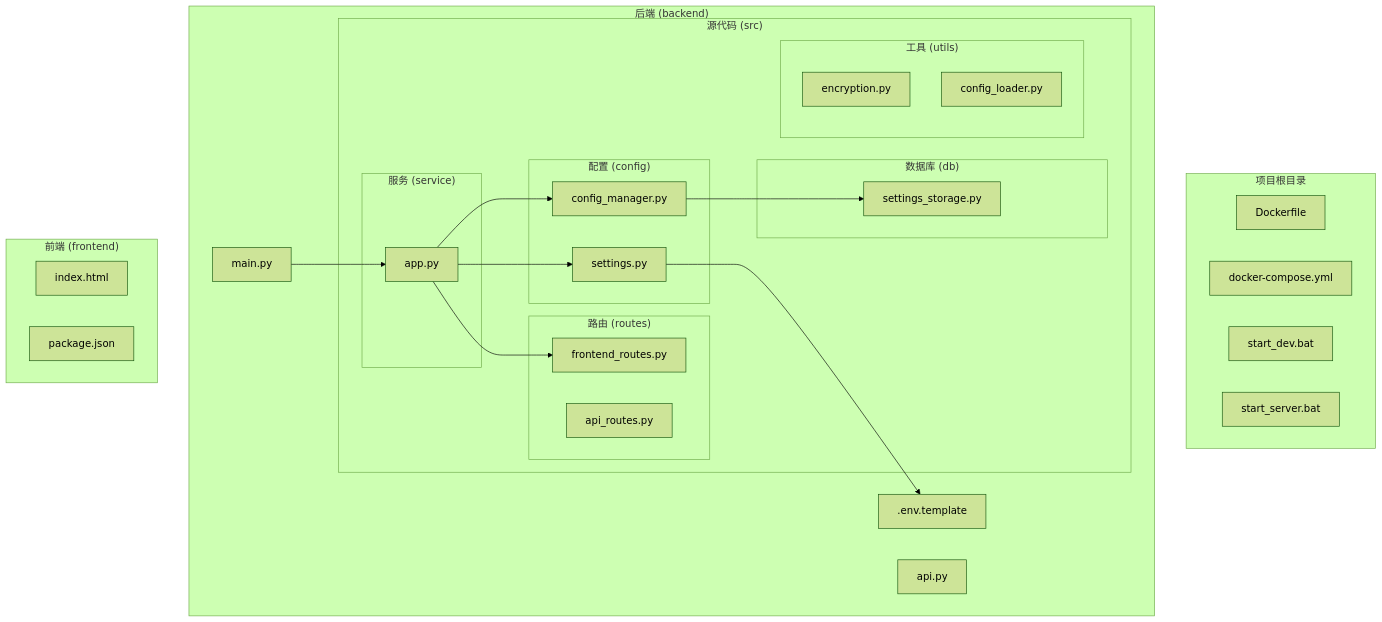
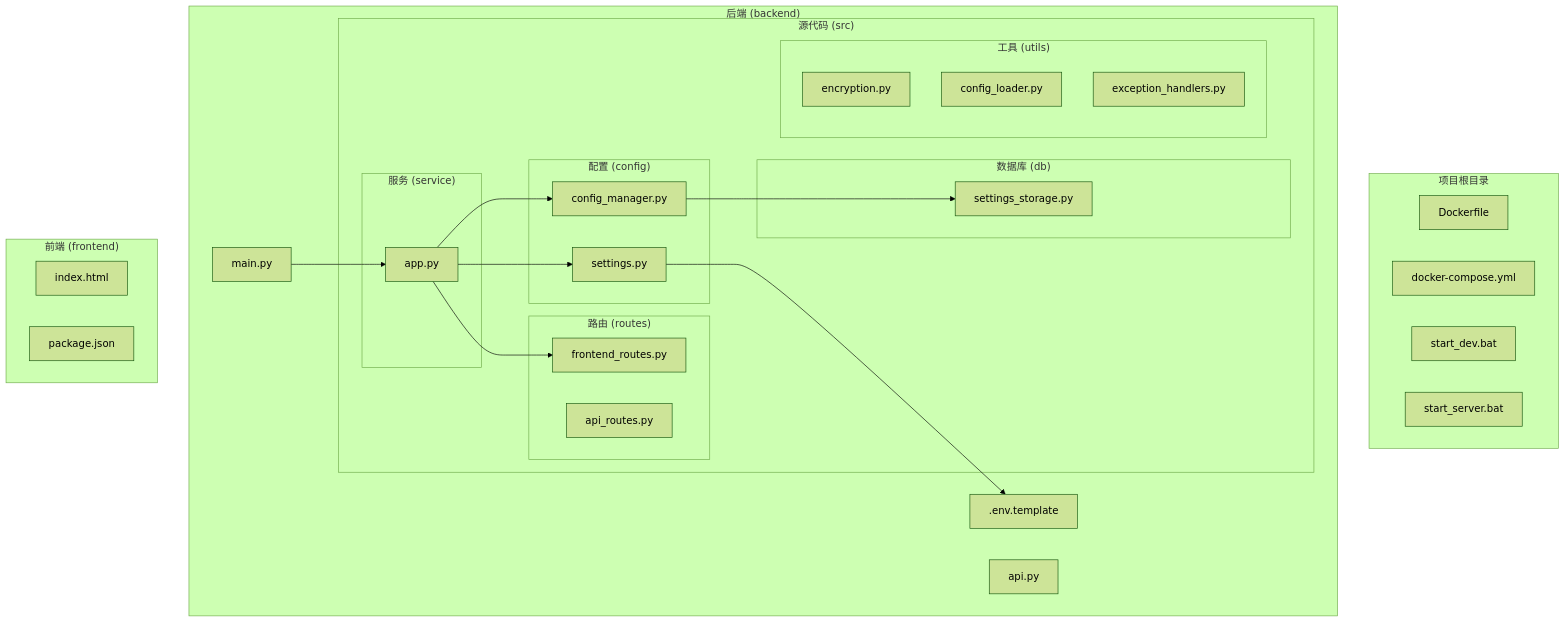
Before and after one commit to faryhuo/backtrader: the first of 7 diagrams in .qoder/repowiki/zh/content/后端架构/应用配置与启动.md, drawn with Mermaid (forest theme). The commit also changed other lines of this file and 17 other files, not shown here.

````diff
--- a/.qoder/repowiki/zh/content/后端架构/应用配置与启动.md
+++ b/.qoder/repowiki/zh/content/后端架构/应用配置与启动.md
@@ -44,44 +51,45 @@
 ```mermaid
 graph TB
 subgraph "项目根目录"
 Dockerfile
 docker-compose.yml
 start_dev.bat
 start_server.bat
 end
 subgraph "后端 (backend)"
 subgraph "源代码 (src)"
 subgraph "服务 (service)"
 app.py[app.py]
 end
 subgraph "配置 (config)"
 config_manager.py[config_manager.py]
 settings.py[settings.py]
 end
 subgraph "路由 (routes)"
 api_routes.py[api_routes.py]
 frontend_routes.py[frontend_routes.py]
 end
 subgraph "数据库 (db)"
 settings_storage.py[settings_storage.py]
 end
 subgraph "工具 (utils)"
 encryption.py[encryption.py]
 config_loader.py[config_loader.py]
+exception_handlers.py[exception_handlers.py]
 end
 end
 main.py[main.py]
 api.py[api.py]
 .env.template[.env.template]
 end
 subgraph "前端 (frontend)"
 index.html[index.html]
 package.json[package.json]
 end
 main.py --> app.py
 app.py --> config_manager.py
 app.py --> settings.py
 app.py --> frontend_routes.py
 config_manager.py --> settings_storage.py
 settings.py --> .env.template
 ```
````
